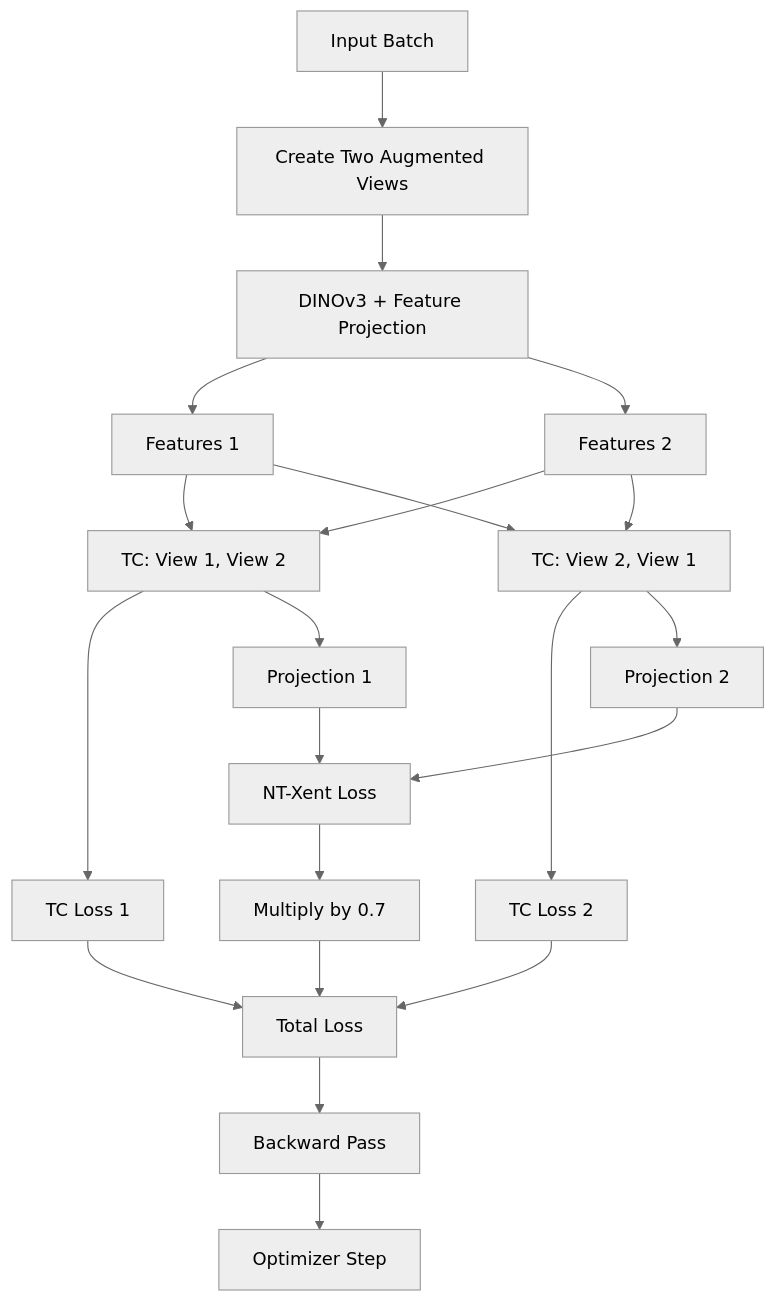
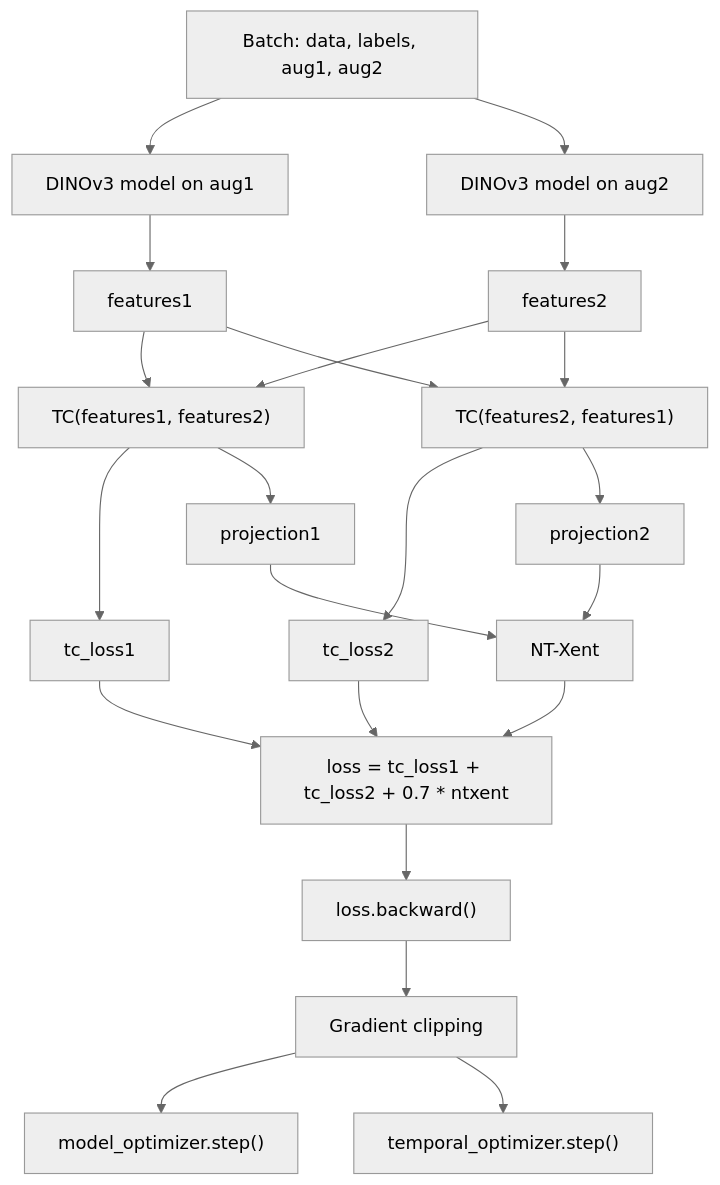
The third of 3 diagrams in README.md (tranvanh10205-ctrl/CD_TH2), drawn with Mermaid (neutral theme) before and after one commit. The commit also changed other lines of this file, not shown here.

````diff
--- a/README.md
+++ b/README.md
@@ -671,28 +576,24 @@
 ```mermaid
 flowchart TD
-    A["Input Batch"] --> B["Create Two Augmented Views"]
-    B --> C["DINOv3 + Feature Projection"]
-    C --> D["Features 1"]
-    C --> E["Features 2"]
-
-    D --> F["TC: View 1, View 2"]
+    A["Batch: data, labels, aug1, aug2"] --> B["DINOv3 model on aug1"]
+    A --> C["DINOv3 model on aug2"]
+    B --> D["features1"]
+    C --> E["features2"]
+    D --> F["TC(features1, features2)"]
     E --> F
-    E --> G["TC: View 2, View 1"]
+    E --> G["TC(features2, features1)"]
     D --> G
-
-    F --> H["TC Loss 1"]
-    G --> I["TC Loss 2"]
-    F --> J["Projection 1"]
-    G --> K["Projection 2"]
-
-    J --> L["NT-Xent Loss"]
+    F --> H["tc_loss1"]
+    G --> I["tc_loss2"]
+    F --> J["projection1"]
+    G --> K["projection2"]
+    J --> L["NT-Xent"]
     K --> L
-
-    H --> M["Total Loss"]
+    H --> M["loss = tc_loss1 + tc_loss2 + 0.7 * ntxent"]
     I --> M
-    L --> N["Multiply by 0.7"]
-    N --> M
-
-    M --> O["Backward Pass"]
-    O --> P["Optimizer Step"]
+    L --> M
+    M --> N["loss.backward()"]
+    N --> O["Gradient clipping"]
+    O --> P["model_optimizer.step()"]
+    O --> Q["temporal_optimizer.step()"]
 ```
````
